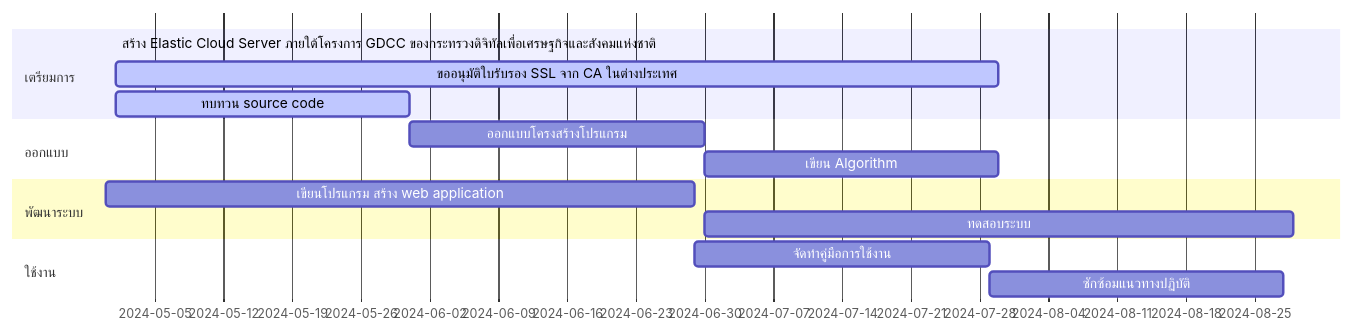
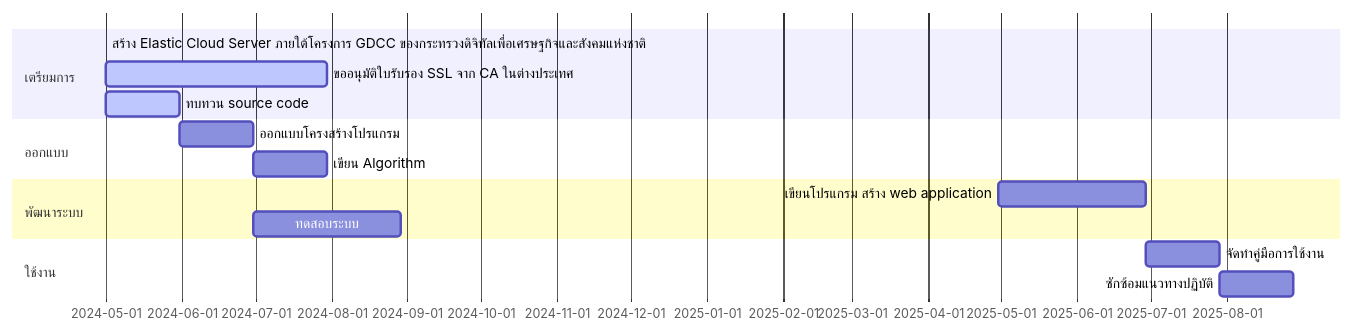
Before and after one commit to Kietpawpan/e-tracking: the first of 2 diagrams in README.md, drawn with Mermaid.

````diff
--- a/README.md
+++ b/README.md
@@ -10,18 +10,18 @@
 ```mermaid
 gantt
     section เตรียมการ
     สร้าง Elastic Cloud Server ภายใต้โครงการ GDCC ของกระทรวงดิจิทัลเพื่อเศรษฐกิจและสังคมแห่งชาติ :done,    des1, 2024-05-01,2024-05-30
     ขออนุมัติใบรับรอง SSL จาก CA ในต่างประเทศ        :active, des2, after des1, 90d
     ทบทวน source code  :   active, des3, after des1, 30d
     section ออกแบบ
     ออกแบบโครงสร้างโปรแกรม  :         des4, after des3, 30d
     เขียน Algorithm:   des4a, after des4, 30d
     section พัฒนาระบบ
-    เขียนโปรแกรม สร้าง web application  :         des7, 2024-04-30, 60d
+    เขียนโปรแกรม สร้าง web application  :         des7, 2025-04-30, 60d
     ทดสอบระบบ:des7a, after des4, 60d
    section ใช้งาน
     จัดทำคู่มือการใช้งาน   :         des8, after des7, 30d
     ซักซ้อมแนวทางปฏิบัติ   :         des9, after des8, 30d
 
 
 ```
````
